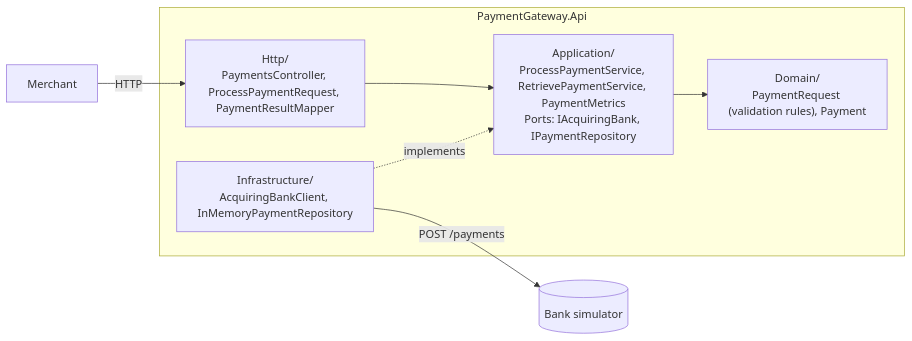
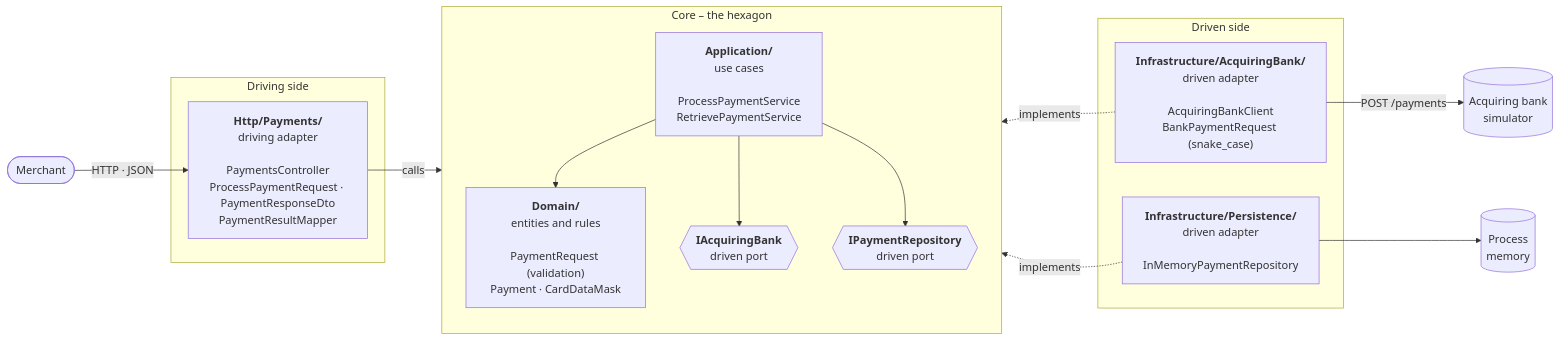
One commit to laisferdan/payment-gateway-challenge-dotnet changed the diagram in README.md. Above: the diagram before and after it, drawn with Mermaid. The commit also changed other lines of this file and 2 other files, not shown here.

````diff
--- a/README.md
+++ b/README.md
@@ -169,10 +169,36 @@
 ```mermaid
 flowchart LR
-    Merchant -->|HTTP| Http
-    subgraph PaymentGateway.Api
-        Http["Http/<br/>PaymentsController, ProcessPaymentRequest, PaymentResultMapper"] --> Application
-        Application["Application/<br/>ProcessPaymentService, RetrievePaymentService, PaymentMetrics<br/>Ports: IAcquiringBank, IPaymentRepository"] --> Domain["Domain/<br/>PaymentRequest (validation rules), Payment"]
-        Infrastructure["Infrastructure/<br/>AcquiringBankClient, InMemoryPaymentRepository"] -. implements .-> Application
+    Merchant(["Merchant"])
+
+    subgraph Driving["Driving side"]
+        Http["<b>Http/Payments/</b><br/>driving adapter<br/><br/>PaymentsController<br/>ProcessPaymentRequest · PaymentResponseDto<br/>PaymentResultMapper"]
     end
-    Infrastructure -->|POST /payments| Bank[(Bank simulator)]
+
+    subgraph Core["Core – the hexagon"]
+        direction TB
+        UseCases["<b>Application/</b><br/>use cases<br/><br/>ProcessPaymentService<br/>RetrievePaymentService"]
+        Domain["<b>Domain/</b><br/>entities and rules<br/><br/>PaymentRequest (validation)<br/>Payment · CardDataMask"]
+        BankPort{{"<b>IAcquiringBank</b><br/>driven port"}}
+        RepoPort{{"<b>IPaymentRepository</b><br/>driven port"}}
+        UseCases --> Domain
+        UseCases --> BankPort
+        UseCases --> RepoPort
+    end
+
+    subgraph Driven["Driven side"]
+        BankClient["<b>Infrastructure/AcquiringBank/</b><br/>driven adapter<br/><br/>AcquiringBankClient<br/>BankPaymentRequest (snake_case)"]
+        Repo["<b>Infrastructure/Persistence/</b><br/>driven adapter<br/><br/>InMemoryPaymentRepository"]
+    end
+
+    Bank[("Acquiring bank<br/>simulator")]
+    Memory[("Process<br/>memory")]
+
+    Merchant -->|"HTTP · JSON"| Http
+    Http -->|"calls"| UseCases
+    BankPort ~~~ BankClient
+    RepoPort ~~~ Repo
+    BankClient -.->|"implements"| BankPort
+    Repo -.->|"implements"| RepoPort
+    BankClient -->|"POST /payments"| Bank
+    Repo --> Memory
 ```
````
